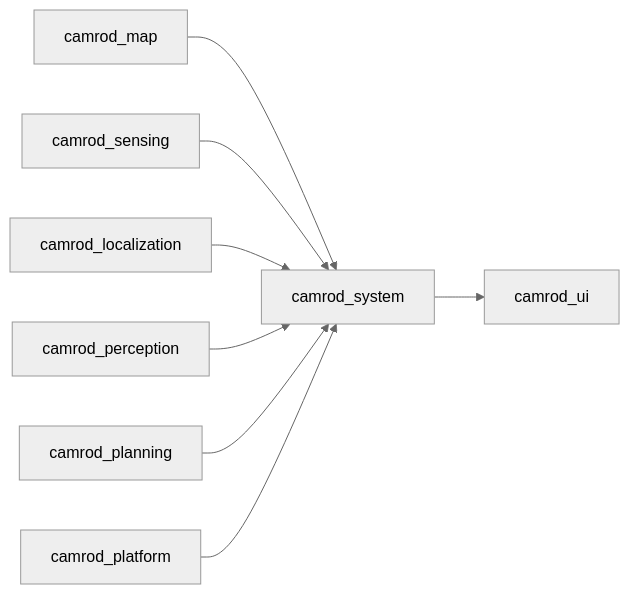
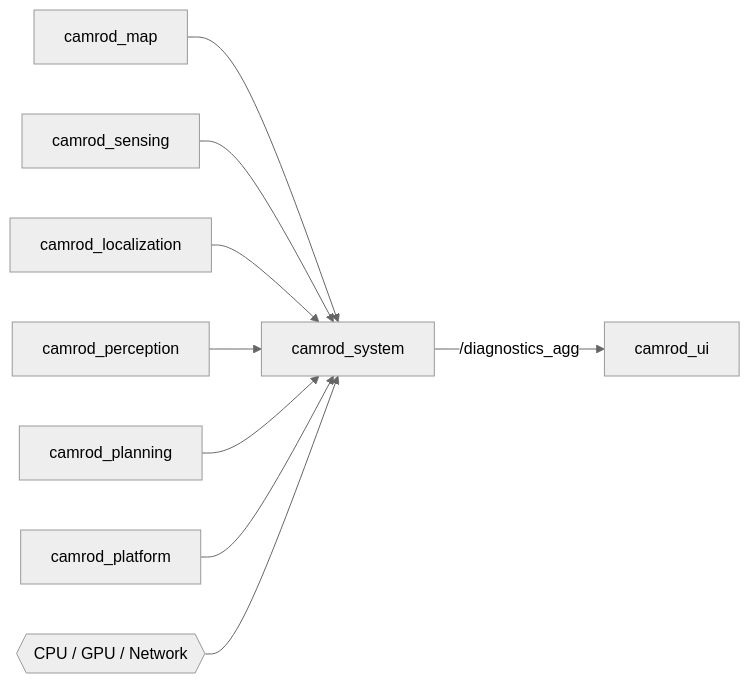
The first of 4 diagrams in camrod_system/README.md (hwanhonglee/CAMROD), drawn with Mermaid (neutral theme) before and after one commit. The commit also changed other lines of this file and 15 other files, not shown here.

First line of the commit message:
docs: full README refactor — 12-section standard, diagrams, interface contracts (v1.10)

````diff
--- a/camrod_system/README.md
+++ b/camrod_system/README.md
@@ -94,10 +47,11 @@
 ```mermaid
 graph LR
   MAP[camrod_map] --> SYS[camrod_system]
   SENS[camrod_sensing] --> SYS
   LOC[camrod_localization] --> SYS
   PER[camrod_perception] --> SYS
   PLAN[camrod_planning] --> SYS
   PLAT[camrod_platform] --> SYS
-  SYS --> UI[camrod_ui]
+  HW{{CPU / GPU / Network}} --> SYS
+  SYS -->|/diagnostics_agg| UI[camrod_ui]
 ```
````
